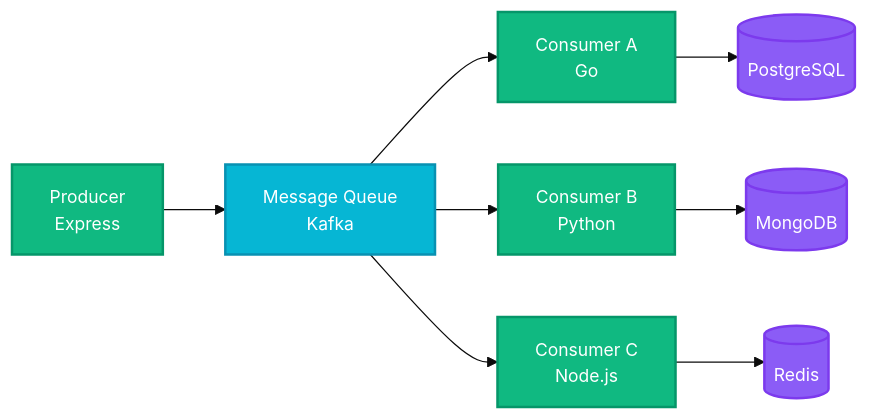
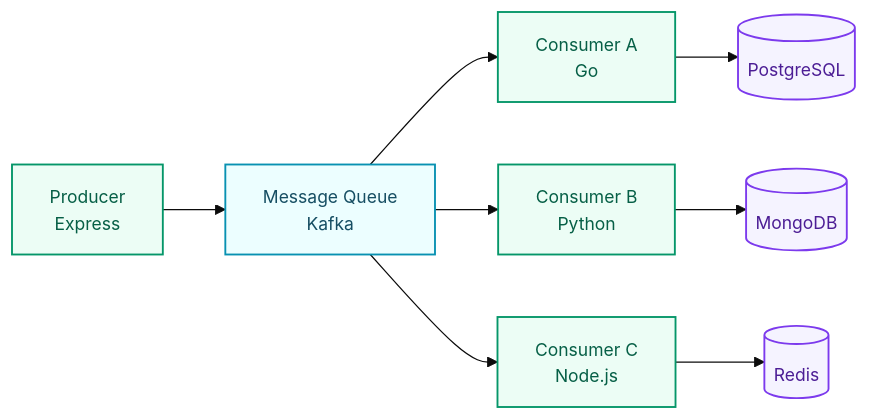
One commit to LINJIANG12/general-readme-skill changed the fifth of 10 diagrams in references/diagram-templates.md. Above: the diagram before and after it, drawn with Mermaid. The commit also changed other lines of this file and 13 other files, not shown here.

`````diff
--- a/references/diagram-templates.md
+++ b/references/diagram-templates.md
@@ -199,19 +213,19 @@
 ````mermaid
 %%{init: {'theme': 'base', 'themeVariables': {'fontSize': '14px'}}}%%
 graph LR
     A[Producer<br/>Express] --> B[Message Queue<br/>Kafka]
     B --> C[Consumer A<br/>Go]
     B --> D[Consumer B<br/>Python]
     B --> E[Consumer C<br/>Node.js]
     C --> F[(PostgreSQL)]
     D --> G[(MongoDB)]
     E --> H[(Redis)]
 
-    classDef service fill:#10B981,stroke:#059669,color:#fff,stroke-width:2px
-    classDef queue fill:#06B6D4,stroke:#0891B2,color:#fff,stroke-width:2px
-    classDef data fill:#8B5CF6,stroke:#7C3AED,color:#fff,stroke-width:2px
+    classDef service fill:#ECFDF5,stroke:#059669,color:#065F46,stroke-width:1.5px
+    classDef queue fill:#ECFEFF,stroke:#0891B2,color:#164E63,stroke-width:1.5px
+    classDef data fill:#F5F3FF,stroke:#7C3AED,color:#4C1D95,stroke-width:1.5px
 
     class A,C,D,E service
     class B queue
     class F,G,H data
 ````
`````
